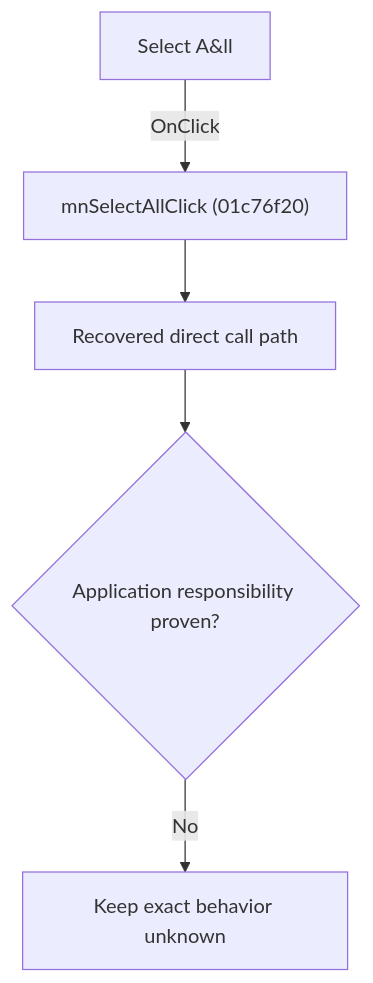
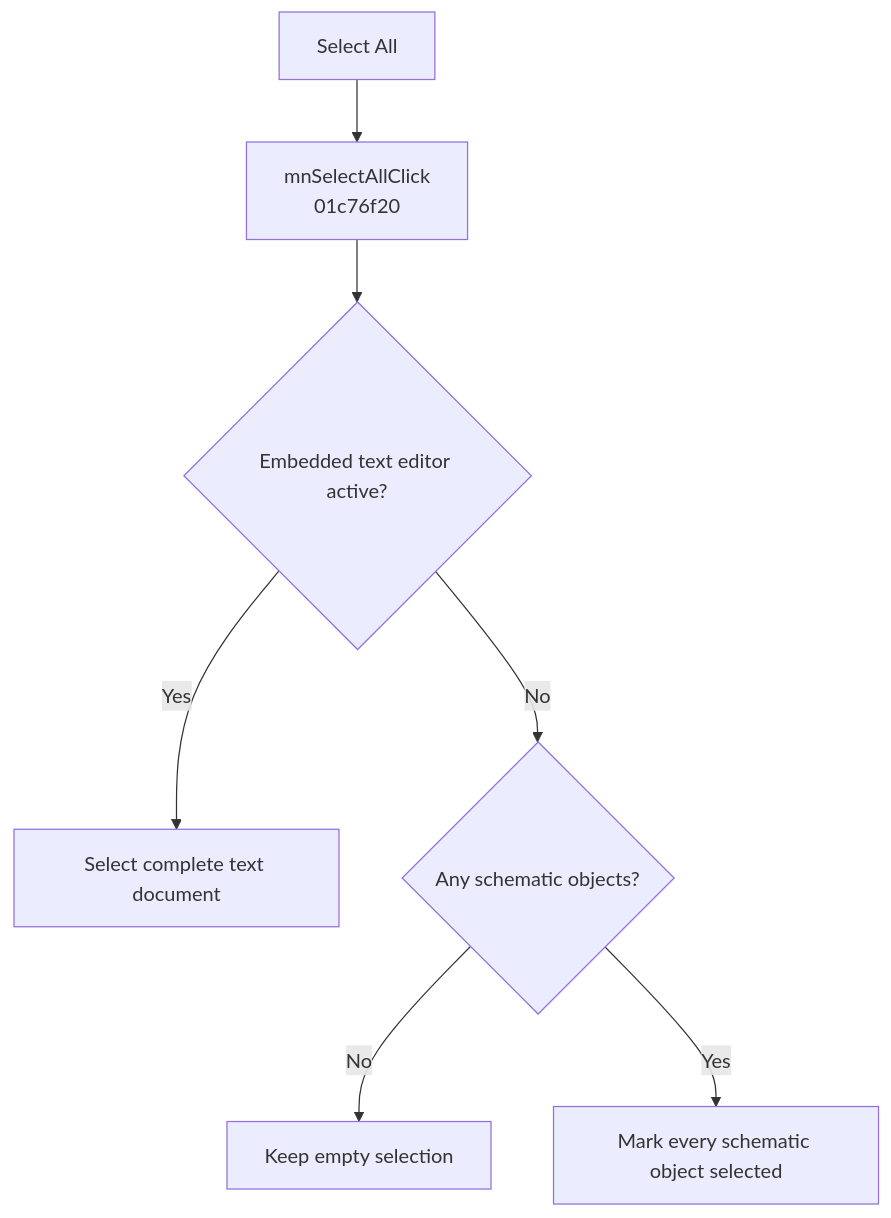
The diagram in docs/ui-controls/schematiceditor/mnselectall-2511ff97cf.md (MovGP0/TIARA), drawn with Mermaid before and after one commit. The commit also changed other lines of this file and 241 other files, not shown here.

````diff
--- a/docs/ui-controls/schematiceditor/mnselectall-2511ff97cf.md
+++ b/docs/ui-controls/schematiceditor/mnselectall-2511ff97cf.md
@@ -27,7 +27,9 @@
 ```mermaid
 flowchart TD
-    control["Select A&ll"] -->|"OnClick"| handler["mnSelectAllClick (01c76f20)"]
-    handler --> recovered["Recovered direct call path"]
-    recovered --> gap{"Application responsibility proven?"}
-    gap -->|"No"| blocked["Keep exact behavior unknown"]
+    control["Select All"] --> handler["mnSelectAllClick<br/>01c76f20"]
+    handler --> target{"Embedded text editor active?"}
+    target -->|"Yes"| text["Select complete text document"]
+    target -->|"No"| objects{"Any schematic objects?"}
+    objects -->|"No"| noOp["Keep empty selection"]
+    objects -->|"Yes"| loop["Mark every schematic object selected"]
 ```
````
